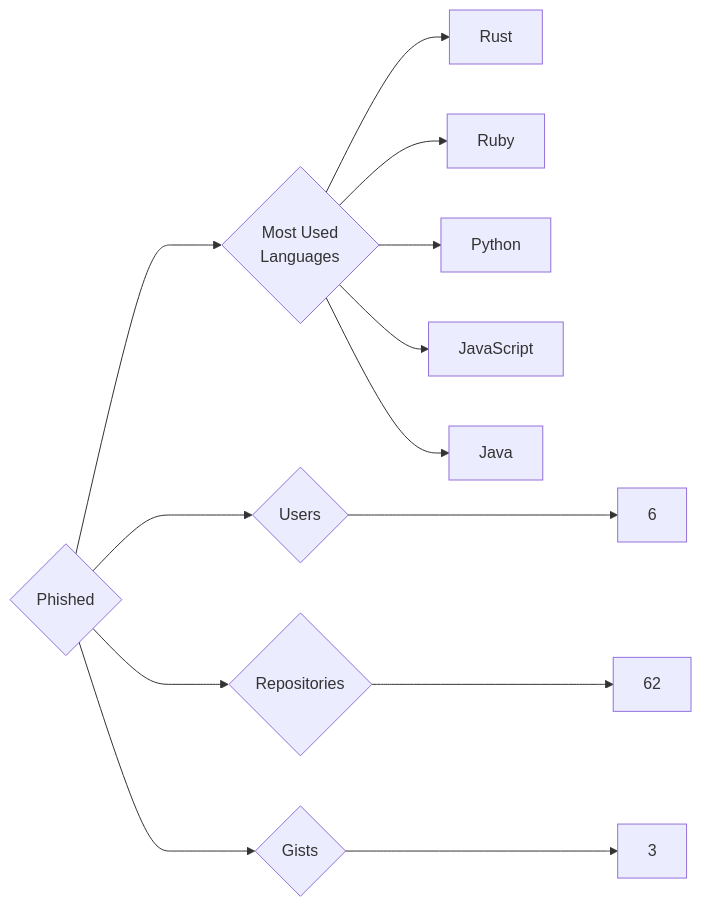
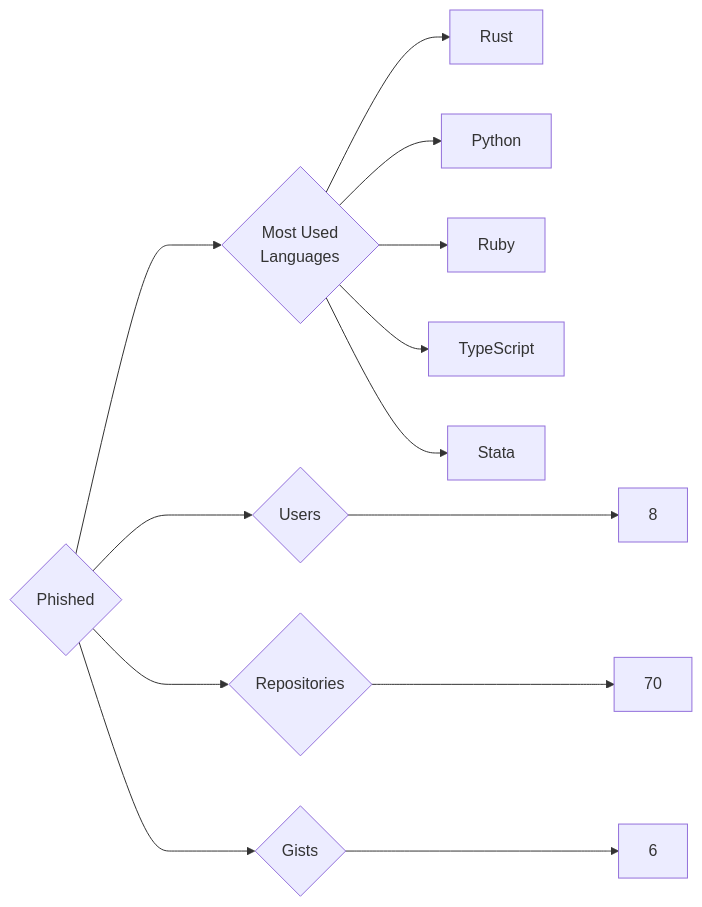
One commit to trickest/insiders changed the diagram in targets/Phished/README.md. Above: the diagram before and after it, drawn with Mermaid. The commit also changed 1508 other files, not shown here.

````diff
--- a/targets/Phished/README.md
+++ b/targets/Phished/README.md
@@ -3,13 +3,13 @@
 ```mermaid
 graph LR
 COMPANY_NAME{Phished}
-COMPANY_NAME ---> U{Users} ---> UN[6]
-COMPANY_NAME ---> R{Repositories} ---> RN[62]
-COMPANY_NAME ---> G{Gists} ---> GN[3]
+COMPANY_NAME ---> U{Users} ---> UN[8]
+COMPANY_NAME ---> R{Repositories} ---> RN[70]
+COMPANY_NAME ---> G{Gists} ---> GN[6]
 COMPANY_NAME ---> ML{Most Used<br>Languages}
 ML --> Rust[Rust]
+ML --> Python[Python]
 ML --> Ruby[Ruby]
-ML --> Python[Python]
-ML --> JavaScript[JavaScript]
-ML --> Java[Java]
+ML --> TypeScript[TypeScript]
+ML --> Stata[Stata]
 ```
````
